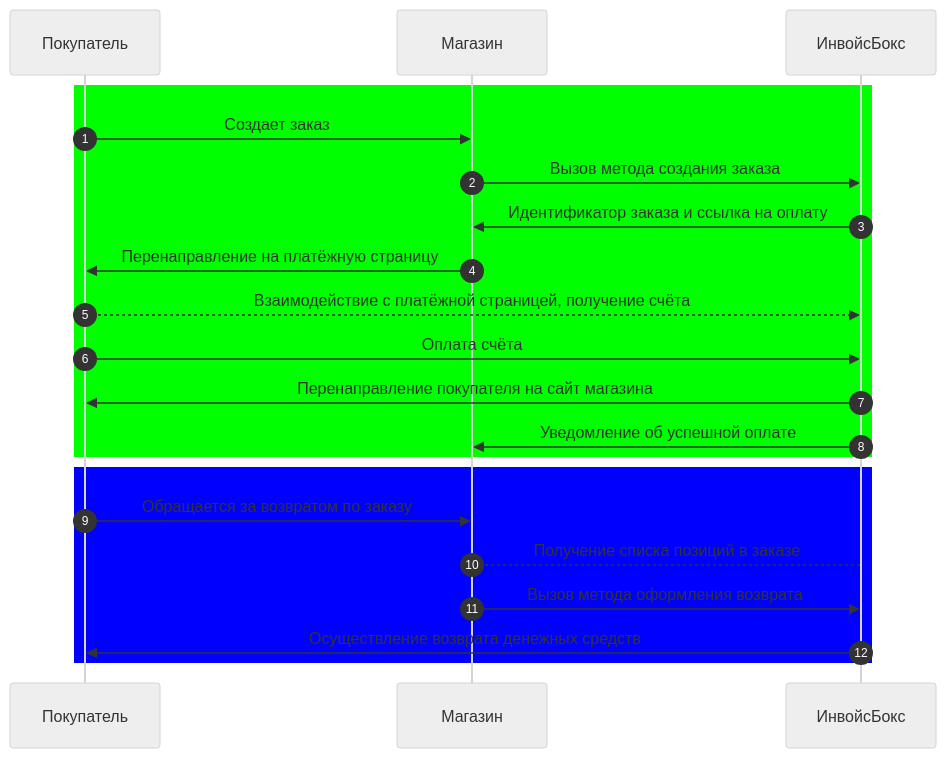
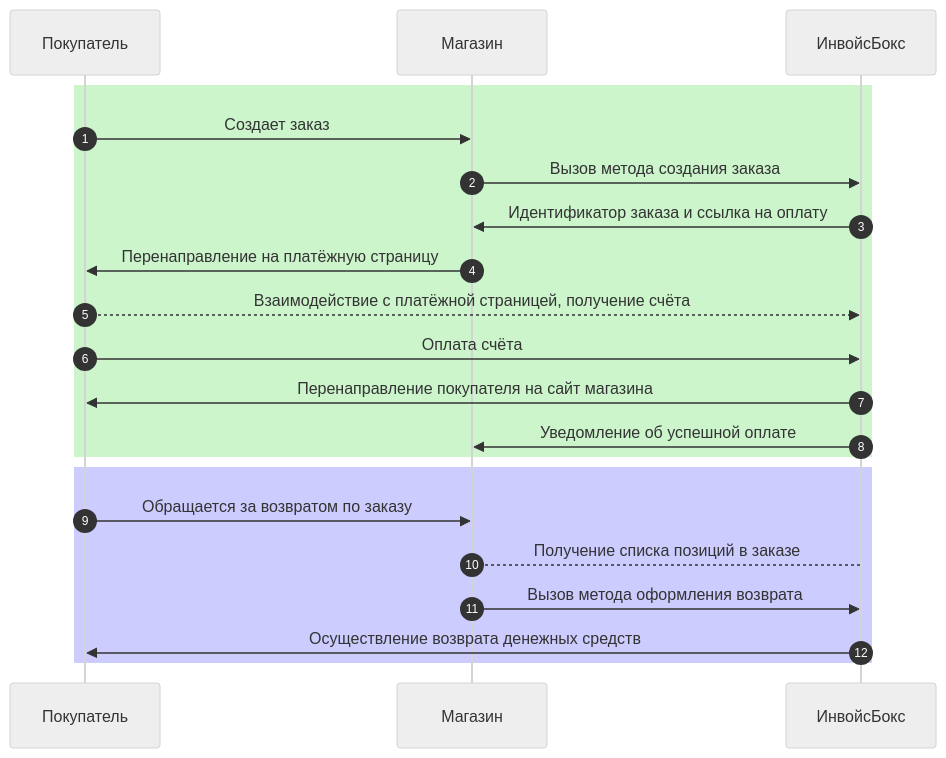
The diagram in docs/schema.md (YIGRIKY/invoicebox-docs), drawn with Mermaid (neutral theme) before and after one commit. The commit also changed other lines of this file, not shown here.

Commit message:
Diagram update

```diff
--- a/docs/schema.md
+++ b/docs/schema.md
@@ -27,23 +9,23 @@
 <div class="mermaid">
 sequenceDiagram
     autonumber
     participant Покупатель
     participant Магазин
     participant ИнвойсБокс 
-    rect rgb(0, 255, 0)
+    rect rgb(204, 245, 204)
       Покупатель->>Магазин: Создает заказ
       Магазин->>ИнвойсБокс: Вызов метода создания заказа
       ИнвойсБокс->>Магазин: Идентификатор заказа и ссылка на оплату
       Магазин->>Покупатель: Перенаправление на платёжную страницу
       Покупатель-->>ИнвойсБокс: Взаимодействие с платёжной страницей, получение счёта
       Покупатель->>ИнвойсБокс: Оплата счёта
       ИнвойсБокс->>Покупатель: Перенаправление покупателя на сайт магазина
       ИнвойсБокс->>Магазин: Уведомление об успешной оплате
     end
-    rect rgb(0, 0, 255)
+    rect rgb(204, 204, 255)
       Покупатель->>Магазин: Обращается за возвратом по заказу
       Магазин-->ИнвойсБокс: Получение списка позиций в заказе
       Магазин->>ИнвойсБокс: Вызов метода оформления возврата
       ИнвойсБокс->>Покупатель: Осуществление возврата денежных средств
     end
 </div>
```
